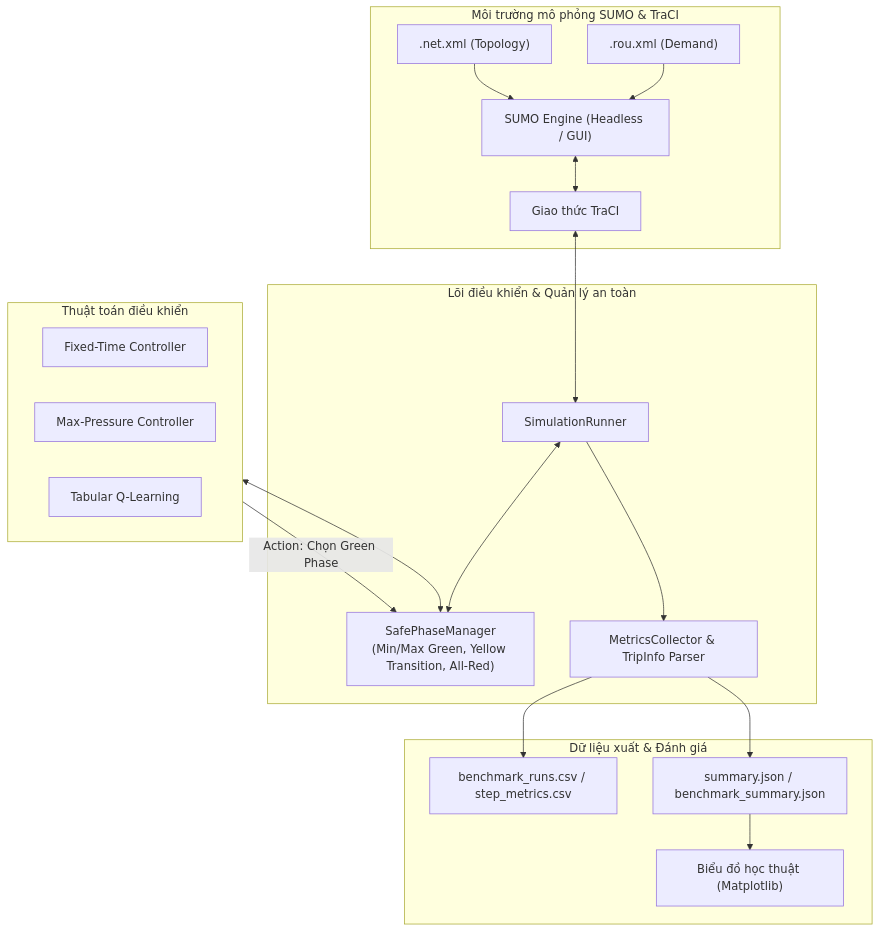
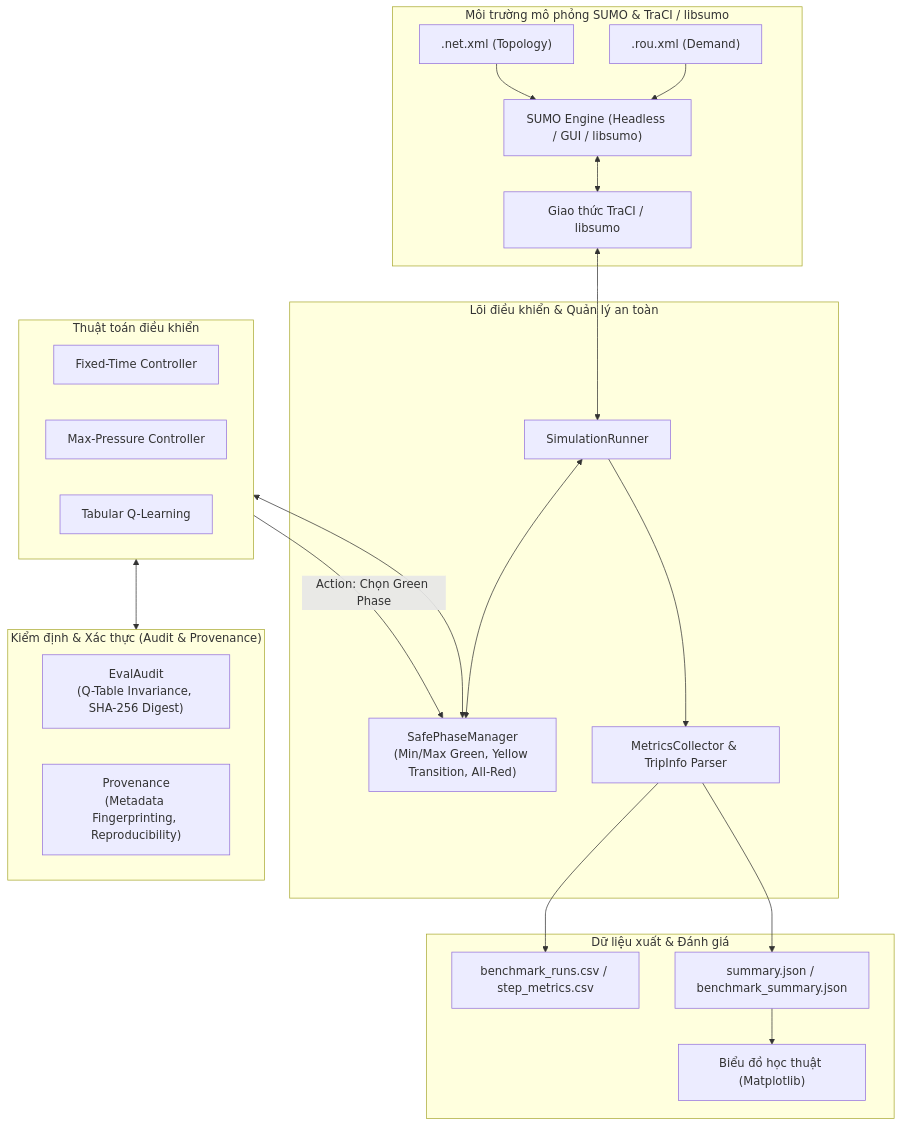
Before and after one commit to GSK7625/TrafficSignalControl: the diagram in README.md, drawn with Mermaid. The commit also changed other lines of this file and 55 other files, not shown here.

````diff
--- a/README.md
+++ b/README.md
@@ -49,39 +50,45 @@
 ```mermaid
 flowchart TD
-    subgraph SUMO_Environment ["Môi trường mô phỏng SUMO & TraCI"]
+    subgraph SUMO_Environment ["Môi trường mô phỏng SUMO & TraCI / libsumo"]
         NET[".net.xml (Topology)"]
         ROU[".rou.xml (Demand)"]
-        SUMO["SUMO Engine (Headless / GUI)"]
-        TRACI["Giao thức TraCI"]
+        SUMO["SUMO Engine (Headless / GUI / libsumo)"]
+        TRACI["Giao thức TraCI / libsumo"]
         NET --> SUMO
         ROU --> SUMO
         SUMO <--> TRACI
     end
 
     subgraph Core_Engine ["Lõi điều khiển & Quản lý an toàn"]
         RUNNER["SimulationRunner"]
         PM["SafePhaseManager\n(Min/Max Green, Yellow Transition, All-Red)"]
         METRICS["MetricsCollector & TripInfo Parser"]
         TRACI <--> RUNNER
         RUNNER <--> PM
         RUNNER --> METRICS
     end
 
     subgraph Controllers ["Thuật toán điều khiển"]
         FT["Fixed-Time Controller"]
         MP["Max-Pressure Controller"]
         QL["Tabular Q-Learning"]
     end
 
+    subgraph Evaluation_Audit ["Kiểm định & Xác thực (Audit & Provenance)"]
+        AUDIT["EvalAudit\n(Q-Table Invariance, SHA-256 Digest)"]
+        PROV["Provenance\n(Metadata Fingerprinting, Reproducibility)"]
+    end
+
     PM <--> Controllers
     Controllers -->|Action: Chọn Green Phase| PM
+    Controllers <--> Evaluation_Audit
 
     subgraph Outputs ["Dữ liệu xuất & Đánh giá"]
         CSV["benchmark_runs.csv / step_metrics.csv"]
         JSON["summary.json / benchmark_summary.json"]
         PLOTS["Biểu đồ học thuật (Matplotlib)"]
         METRICS --> CSV
         METRICS --> JSON
         JSON --> PLOTS
     end
 ```
````
